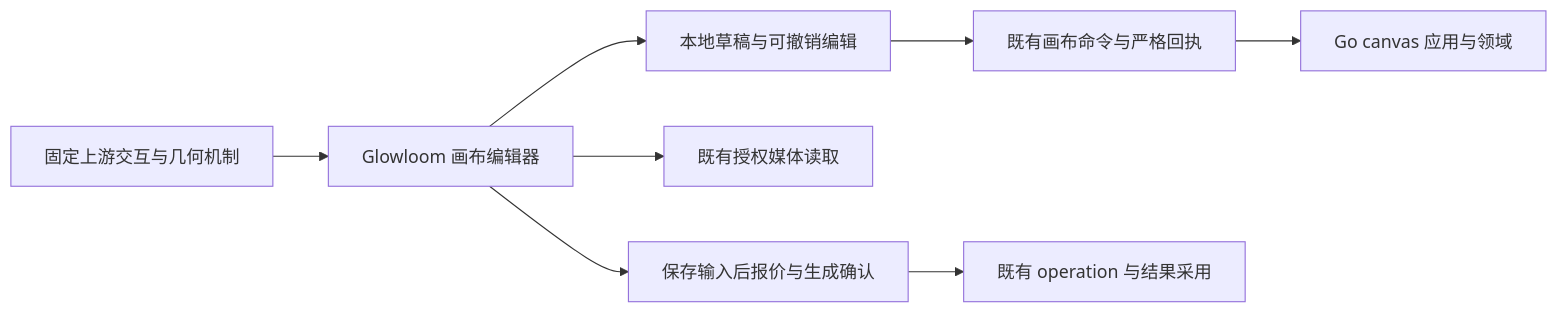
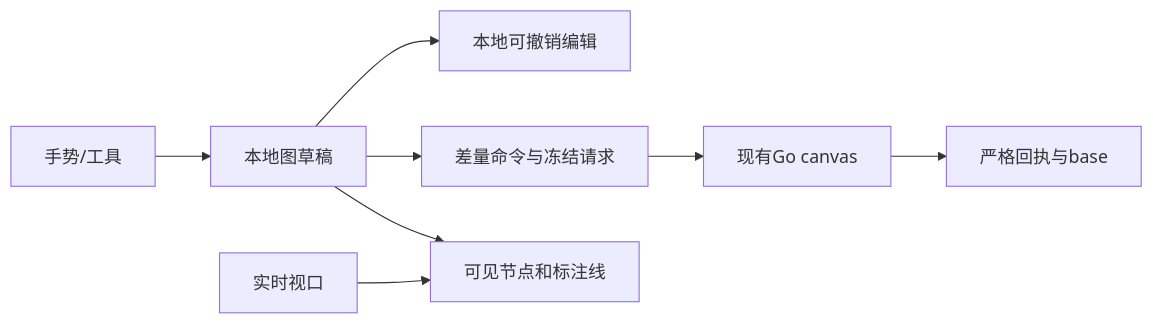
The diagram in docs/design/09-画布组件实现调研与迁入设计.md (StephenQiu30/glowloom), drawn with Mermaid before and after one commit. The commit also changed other lines of this file and 19 other files, not shown here.

Commit message:
impl(canvas): 实现可见渲染图编辑历史与可靠相机保存

````diff
--- a/docs/design/09-画布组件实现调研与迁入设计.md
+++ b/docs/design/09-画布组件实现调研与迁入设计.md
@@ -108,10 +56,10 @@
 ```mermaid
 flowchart LR
-  I[固定上游交互与几何机制] --> E[Glowloom 画布编辑器]
-  E --> D[本地草稿与可撤销编辑]
-  D --> C[既有画布命令与严格回执]
-  C --> S[Go canvas 应用与领域]
-  E --> M[既有授权媒体读取]
-  E --> G[保存输入后报价与生成确认]
-  G --> O[既有 operation 与结果采用]
+  I[手势/工具] --> D[本地图草稿]
+  D --> H[本地可撤销编辑]
+  D --> C[差量命令与冻结请求]
+  C --> S[现有Go canvas]
+  S --> R[严格回执与base]
+  V[实时视口] --> L[可见节点和标注线]
+  D --> L
 ```
````
